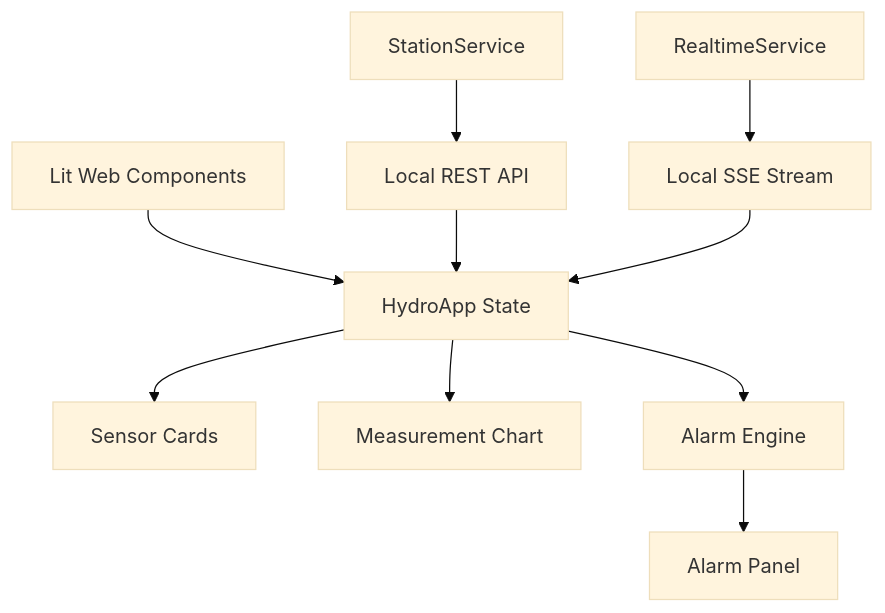
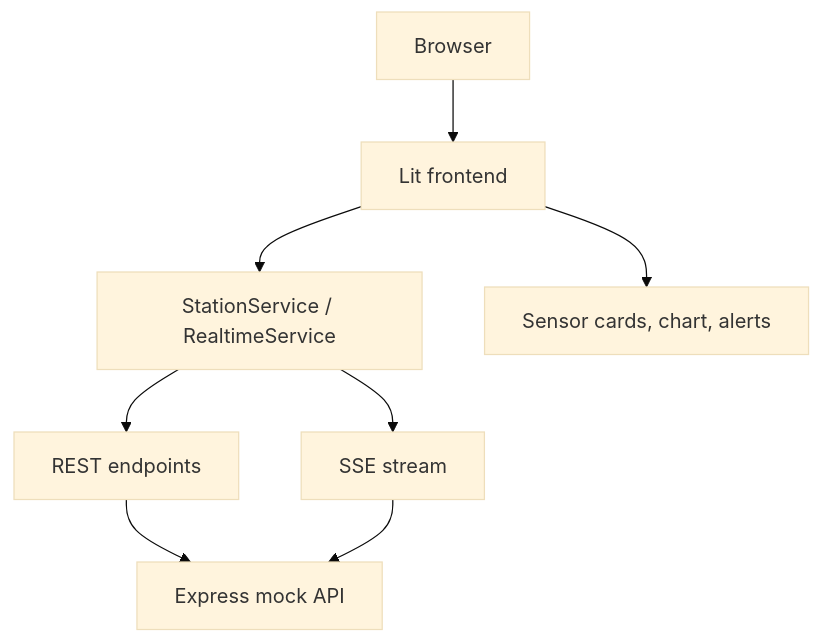
The diagram in README.md (Balbib99/HydroMonitor-Lab), drawn with Mermaid (base theme) before and after one commit. The commit also changed other lines of this file, not shown here.

````diff
--- a/README.md
+++ b/README.md
@@ -53,12 +51,10 @@
 ```mermaid
 flowchart TD
-  UI[Lit Web Components] --> State[HydroApp State]
-  StationService[StationService] --> REST[Local REST API]
-  RealtimeService[RealtimeService] --> SSE[Local SSE Stream]
-  REST --> State
-  SSE --> State
-  State --> Cards[Sensor Cards]
-  State --> Chart[Measurement Chart]
-  State --> AlarmEngine[Alarm Engine]
-  AlarmEngine --> AlarmPanel[Alarm Panel]
+  Browser[Browser] --> Frontend[Lit frontend]
+  Frontend --> Services[StationService / RealtimeService]
+  Services --> REST[REST endpoints]
+  Services --> SSE[SSE stream]
+  REST --> API[Express mock API]
+  SSE --> API
+  Frontend --> UI[Sensor cards, chart, alerts]
 ```
````
